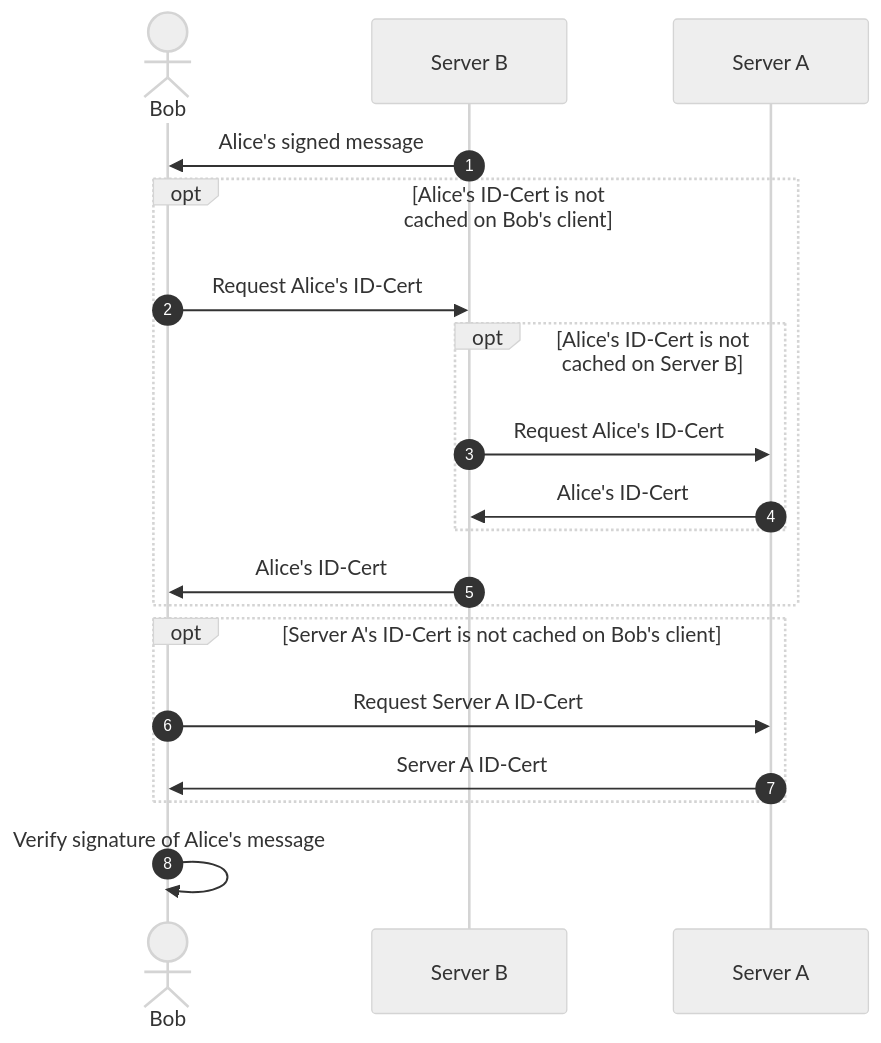
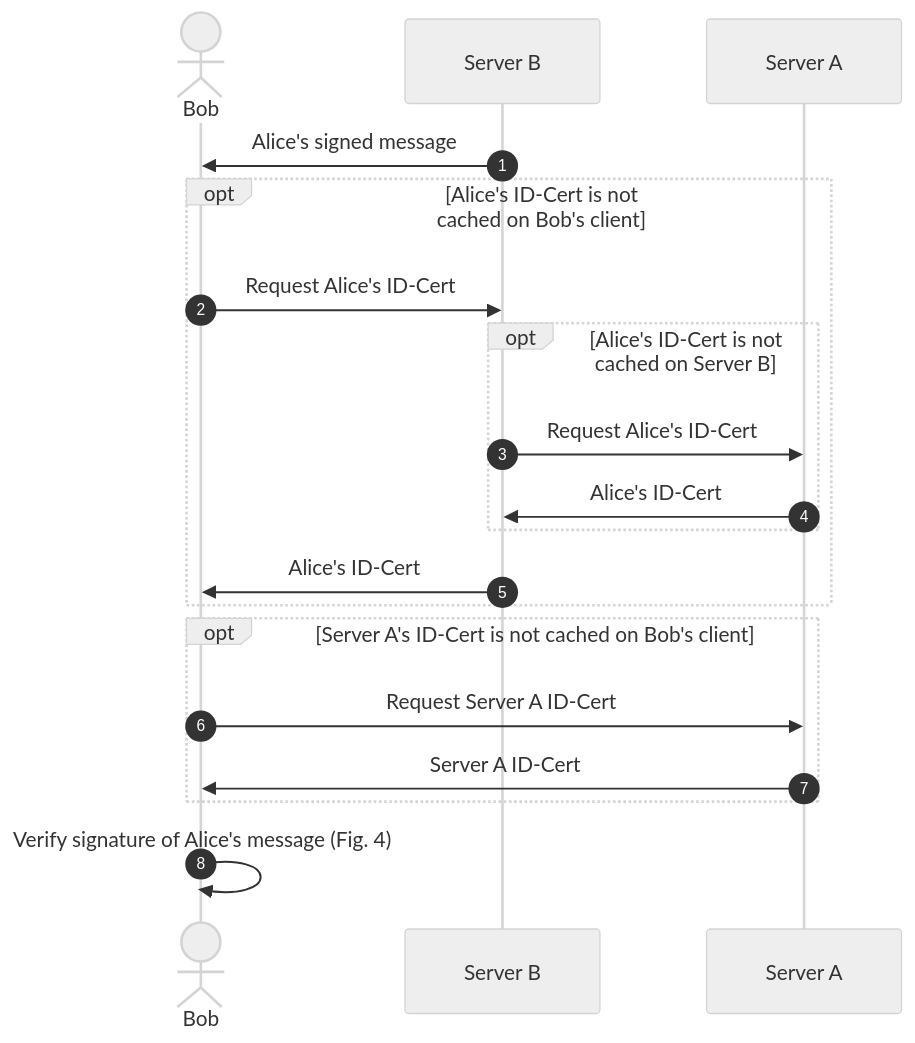
One commit to polyphony-chat/docs changed the third of 8 diagrams in docs/Protocol Specifications/core.md. Above: the diagram before and after it, drawn with Mermaid (neutral theme). The commit also changed other lines of this file, not shown here.

Commit message:
alpha.8: Add Sequence diagram showing how message verification should be handled if the first attempt to verify the signature fails

````diff
--- a/docs/Protocol Specifications/core.md
+++ b/docs/Protocol Specifications/core.md
@@ -723,23 +723,23 @@
 ```mermaid
 sequenceDiagram
 autonumber
 
 actor b as Bob
 participant sb as Server B
 participant sa as Server A
 
 sb->>b: Alice's signed message
 opt Alice's ID-Cert is not cached on Bob's client
   b->>sb: Request Alice's ID-Cert
   opt Alice's ID-Cert is not cached on Server B
   sb->>sa: Request Alice's ID-Cert
   sa->>sb: Alice's ID-Cert
   end
   sb->>b: Alice's ID-Cert
 end
 opt Server A's ID-Cert is not cached on Bob's client
   b->>sa: Request Server A ID-Cert
   sa->>b: Server A ID-Cert
 end
-b->>b: Verify signature of Alice's message
+b->>b: Verify signature of Alice's message (Fig. 4)
 ```
````
